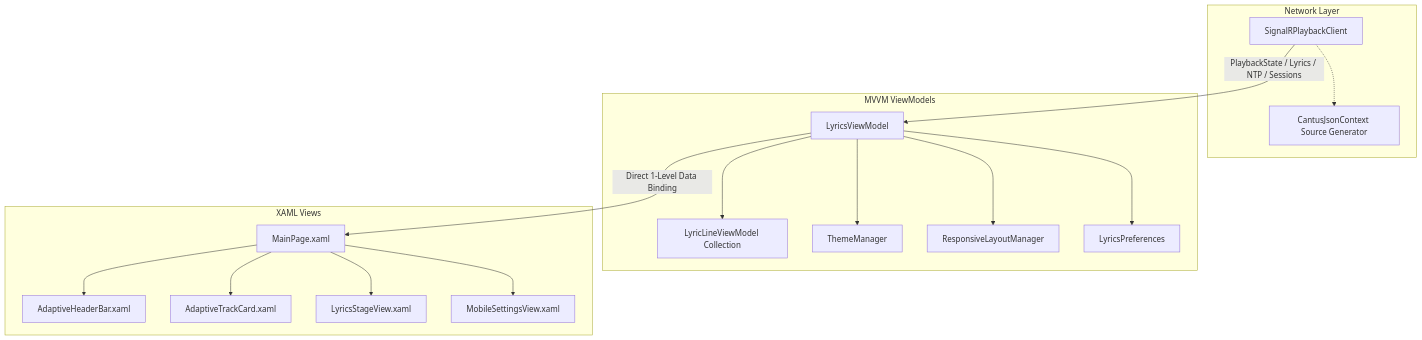
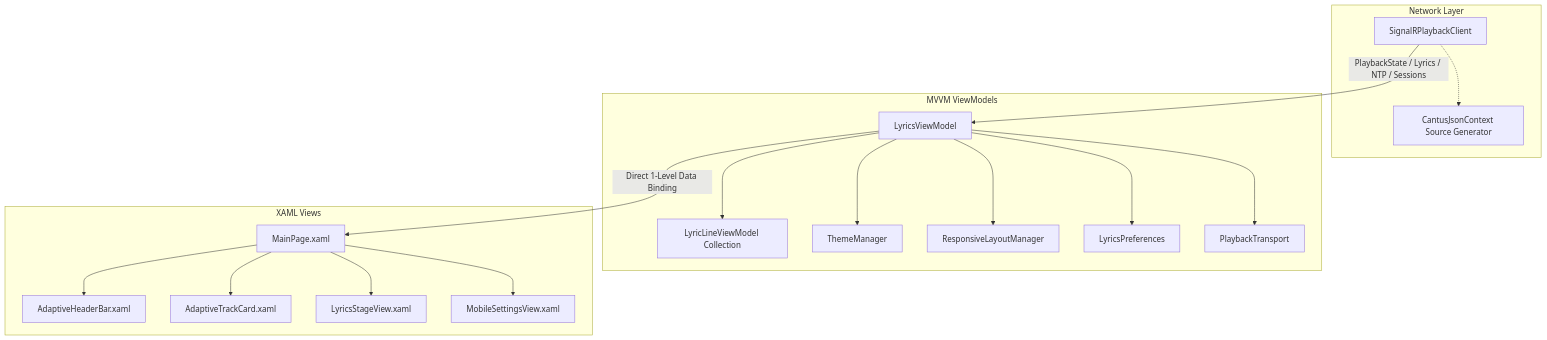
The diagram in docs/architecture/client-uno.md (jav76/Cantus), drawn with Mermaid before and after one commit. The commit also changed other lines of this file, not shown here.

Commit message:
docs: describe PlaybackTransport in the client architecture page

````diff
--- a/docs/architecture/client-uno.md
+++ b/docs/architecture/client-uno.md
@@ -11,35 +11,37 @@
 ```mermaid
 flowchart TD
     subgraph Network Layer
         SignalR[SignalRPlaybackClient]
         Context[CantusJsonContext Source Generator]
         SignalR -.-> Context
     end
 
     subgraph MVVM ViewModels
         LVM[LyricsViewModel]
         LLVM[LyricLineViewModel Collection]
         Theme[ThemeManager]
         Layout[ResponsiveLayoutManager]
         Prefs[LyricsPreferences]
+        Transport[PlaybackTransport]
         LVM --> LLVM
         LVM --> Theme
         LVM --> Layout
         LVM --> Prefs
+        LVM --> Transport
     end
 
     subgraph XAML Views
         MainView[MainPage.xaml]
         Header[AdaptiveHeaderBar.xaml]
         TrackCard[AdaptiveTrackCard.xaml]
         LyricsStage[LyricsStageView.xaml]
         MobileSettings[MobileSettingsView.xaml]
         MainView --> Header
         MainView --> TrackCard
         MainView --> LyricsStage
         MainView --> MobileSettings
     end
 
     SignalR -->|PlaybackState / Lyrics / NTP / Sessions| LVM
     LVM -->|Direct 1-Level Data Binding| MainView
 ```
````
